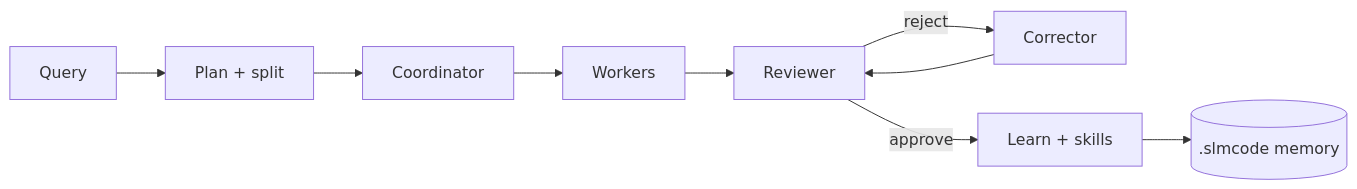
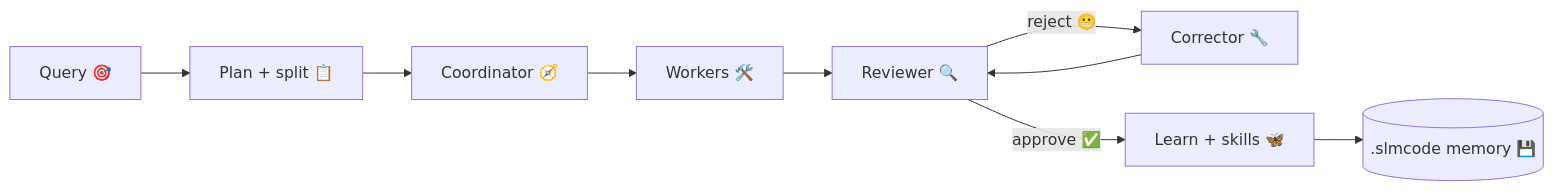
The diagram in docs/index.md (UnicoLab/smlcode), drawn with Mermaid before and after one commit. The commit also changed other lines of this file and 21 other files, not shown here.

````diff
--- a/docs/index.md
+++ b/docs/index.md
@@ -105,11 +141,11 @@
 ```mermaid
 flowchart LR
-  Q[Query] --> P[Plan + split]
-  P --> C[Coordinator]
-  C --> W[Workers]
-  W --> R[Reviewer]
-  R -->|reject| X[Corrector]
+  Q[Query 🎯] --> P[Plan + split 📋]
+  P --> C[Coordinator 🧭]
+  C --> W[Workers 🛠️]
+  W --> R[Reviewer 🔍]
+  R -->|reject 😬| X[Corrector 🔧]
   X --> R
-  R -->|approve| L[Learn + skills]
-  L --> M[(.slmcode memory)]
+  R -->|approve ✅| L[Learn + skills 🦋]
+  L --> M[(.slmcode memory 💾)]
 ```
````
